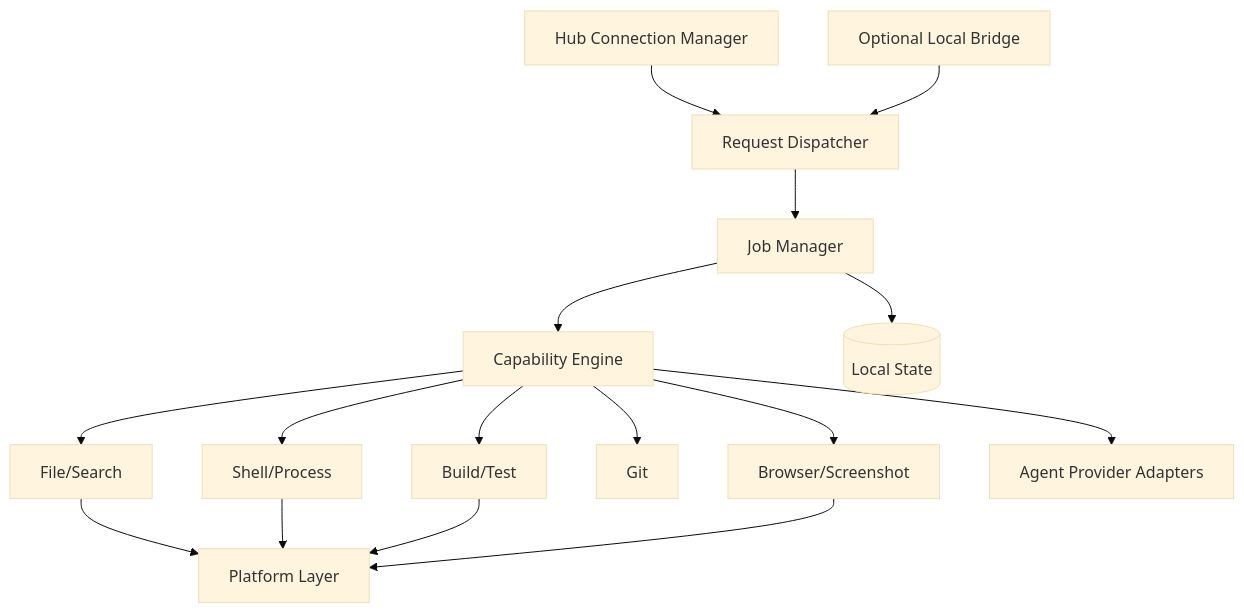
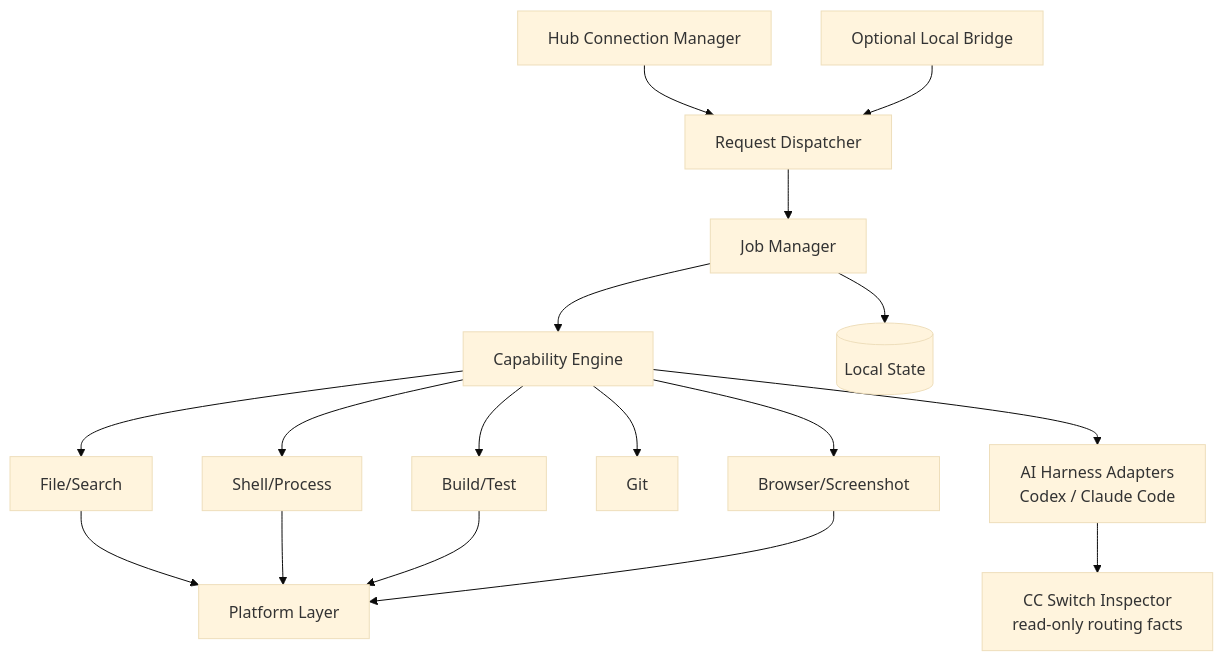
The fourth of 5 diagrams in docs/02-system-architecture.md (isguang2024/fast-spider), drawn with Mermaid (base theme) before and after one commit. The commit also changed other lines of this file and 50 other files, not shown here.

````diff
--- a/docs/02-system-architecture.md
+++ b/docs/02-system-architecture.md
@@ -112,32 +115,34 @@
 ```mermaid
 flowchart TB
     CONN[Hub Connection Manager]
     LOCAL[Optional Local Bridge]
     DISPATCH[Request Dispatcher]
     JOB[Job Manager]
     CAP[Capability Engine]
     FILE[File/Search]
     SHELL[Shell/Process]
     BUILD[Build/Test]
     GIT[Git]
     BROWSER[Browser/Screenshot]
-    AGENT[Agent Provider Adapters]
+    AGENT[AI Harness Adapters<br/>Codex / Claude Code]
+    ROUTE[CC Switch Inspector<br/>read-only routing facts]
     PLATFORM[Platform Layer]
     STATE[(Local State)]
 
     CONN --> DISPATCH
     LOCAL --> DISPATCH
     DISPATCH --> JOB
     JOB --> CAP
     CAP --> FILE
     CAP --> SHELL
     CAP --> BUILD
     CAP --> GIT
     CAP --> BROWSER
     CAP --> AGENT
+    AGENT --> ROUTE
     FILE --> PLATFORM
     SHELL --> PLATFORM
     BUILD --> PLATFORM
     BROWSER --> PLATFORM
     JOB --> STATE
 ```
````
